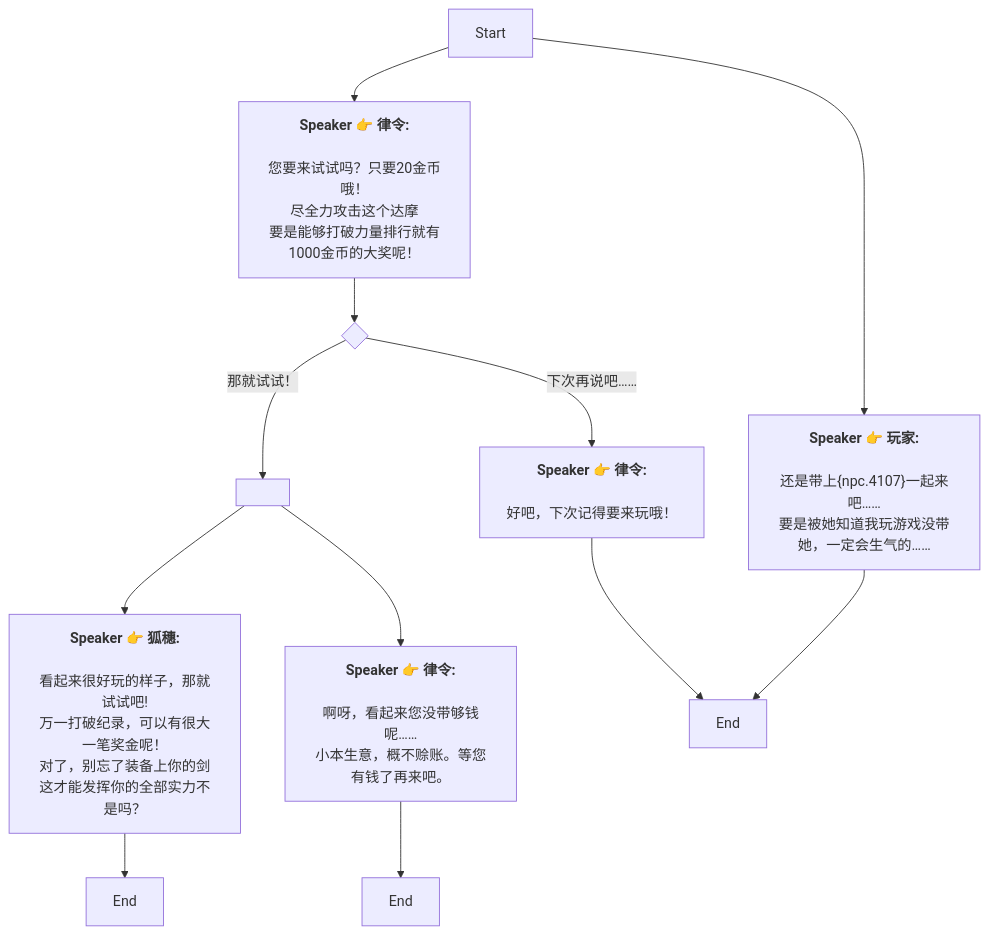
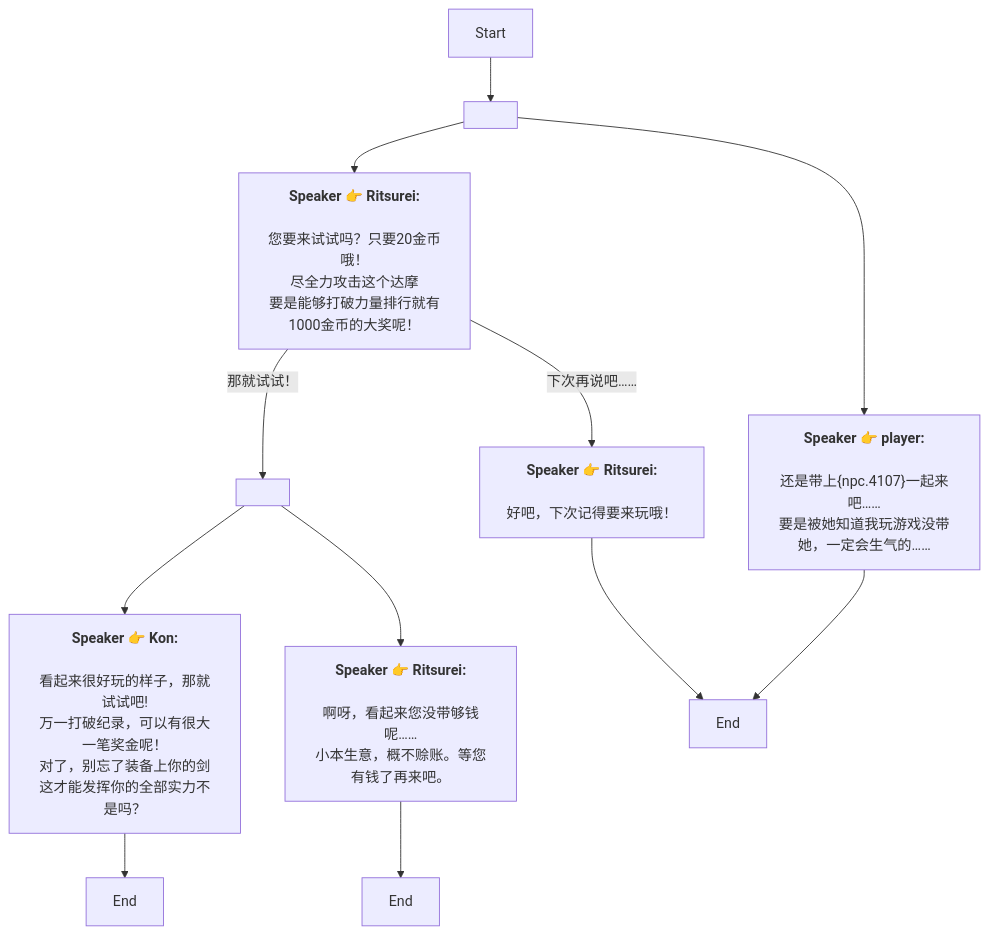
Before and after one commit to SoftHu/tos_avg: the diagram in Zh/Dialog_55333437600084.md, drawn with Mermaid. The commit also changed 737 other files, not shown here.

````diff
--- a/Zh/Dialog_55333437600084.md
+++ b/Zh/Dialog_55333437600084.md
@@ -1,32 +1,26 @@
 ```mermaid
 graph
-Start -->1770670094025840[<b>Speaker 👉 律令:</b>
-
-您要来试试吗？只要20金币哦！
+Start -->1770670094024815[ ]
+1770670094024815 -->1770670094025840[<b>Speaker 👉 Ritsurei:</b>
+\n您要来试试吗？只要20金币哦！
 尽全力攻击这个达摩
 要是能够打破力量排行就有1000金币的大奖呢！]
-Start -->1770670094031996[<b>Speaker 👉 玩家:</b>
-
-还是带上&lbrace;npc.4107&rbrace;一起来吧……
+1770670094024815 -->1770670094031996[<b>Speaker 👉 player:</b>
+\n还是带上&lbrace;npc.4107&rbrace;一起来吧……
 要是被她知道我玩游戏没带她，一定会生气的……]
-1770670094025840 -->1770670094026867{ }
-1770670094026867 -->|那就试试！|1770670094027892[ ]
-1770670094026867 -->|下次再说吧……|1770670094030970[<b>Speaker 👉 律令:</b>
-
-好吧，下次记得要来玩哦！]
-1770670094027892 -->1770670094028917[<b>Speaker 👉 狐穗:</b>
-
-看起来很好玩的样子，那就试试吧!
-万一打破纪录，可以有很大一笔奖金呢！
-对了，别忘了装备上你的剑
+1770670094025840 -->|那就试试！|1770670094027892[ ]
+1770670094025840 -->|下次再说吧……|1770670094030970[<b>Speaker 👉 Ritsurei:</b>
+\n好吧，下次记得要来玩哦！]
+1770670094027892 -->1770670094028917[<b>Speaker 👉 Kon:</b>
+\n看起来很好玩的样子，那就试试吧!
+万一打破纪录，可以有很大一笔奖金呢！\n对了，别忘了装备上你的剑
 这才能发挥你的全部实力不是吗？]
-1770670094027892 -->1770670094029944[<b>Speaker 👉 律令:</b>
-
-啊呀，看起来您没带够钱呢……
+1770670094027892 -->1770670094029944[<b>Speaker 👉 Ritsurei:</b>
+\n啊呀，看起来您没带够钱呢……
 小本生意，概不赊账。等您有钱了再来吧。]
 1770670094028917 -->1770670094028919[End]
 1770670094029944 -->1770670094030969[End]
 1770670094030970 -->1770670094031995[End]
 1770670094031996 -->1770670094031995[End]
 
- ```
+```
````
